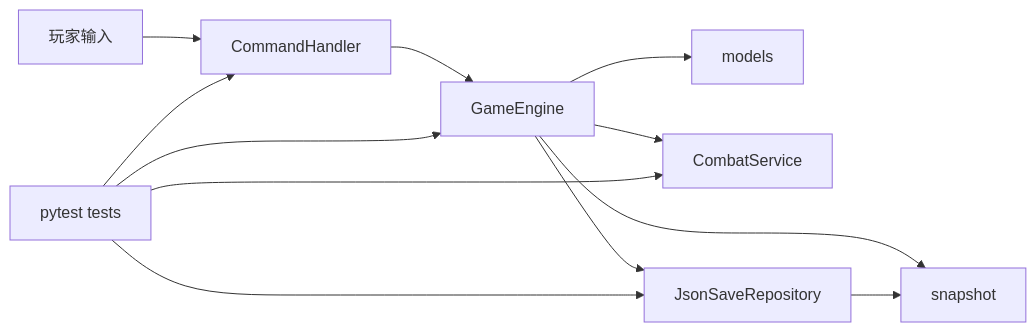
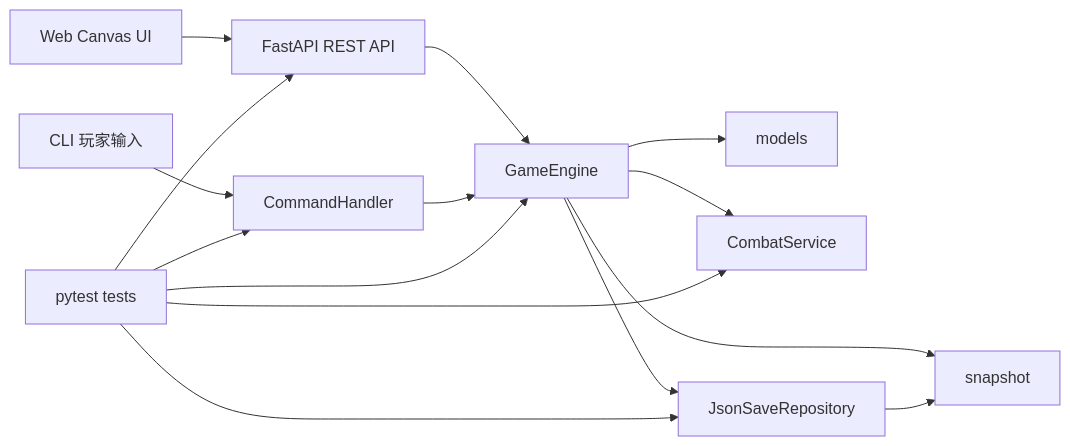
Before and after one commit to pursue-pure/ai-and-us: the second of 2 diagrams in README.md, drawn with Mermaid. The commit also changed other lines of this file and 13 other files, not shown here.

````diff
--- a/README.md
+++ b/README.md
@@ -98,14 +121,17 @@
 ```mermaid
 flowchart LR
-   U[玩家输入] --> C[CommandHandler]
+   U[CLI 玩家输入] --> C[CommandHandler]
+   W[Web Canvas UI] --> A[FastAPI REST API]
+   A --> E[GameEngine]
    C --> E[GameEngine]
    E --> M[models]
    E --> S[CombatService]
    E --> R[JsonSaveRepository]
    E --> P[snapshot]
    R --> P
    T[pytest tests] --> C
+   T --> A
    T --> E
    T --> S
    T --> R
 ```
````
